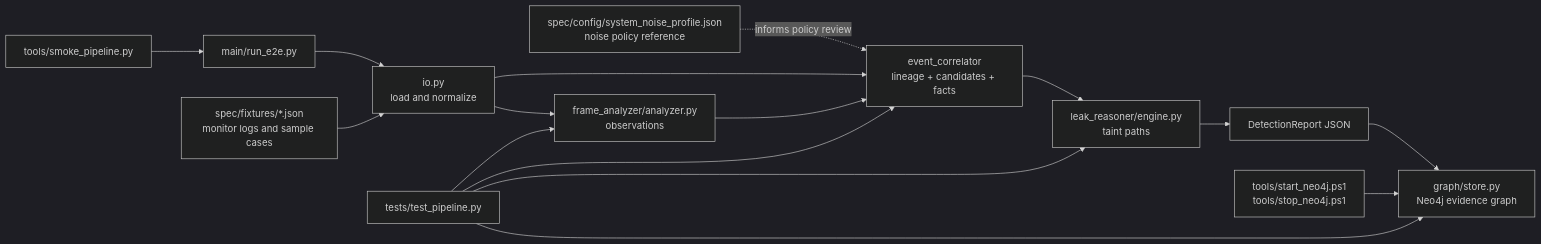
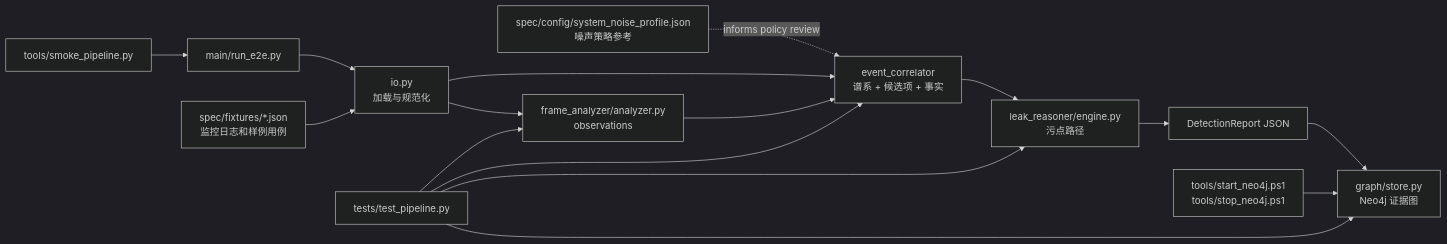
One commit to Vehicle-Security/DataLeakDetector changed the first of 2 diagrams in README.md. Above: the diagram before and after it, drawn with Mermaid (dark theme). The commit also changed other lines of this file and 28 other files, not shown here.

````diff
--- a/README.md
+++ b/README.md
@@ -71,31 +68,31 @@
 ```mermaid
 flowchart LR
-    Logs["spec/fixtures/*.json<br/>monitor logs and sample cases"]
-    Config["spec/config/system_noise_profile.json<br/>noise policy reference"]
+    Logs["spec/fixtures/*.json<br/>监控日志和样例用例"]
+    Config["spec/config/system_noise_profile.json<br/>噪声策略参考"]
     CLI["main/run_e2e.py"]
     Smoke["tools/smoke_pipeline.py"]
-    IO["io.py<br/>load and normalize"]
+    IO["io.py<br/>加载与规范化"]
     Frame["frame_analyzer/analyzer.py<br/>observations"]
-    Corr["event_correlator<br/>lineage + candidates + facts"]
-    Reason["leak_reasoner/engine.py<br/>taint paths"]
+    Corr["event_correlator<br/>谱系 + 候选项 + 事实"]
+    Reason["leak_reasoner/engine.py<br/>污点路径"]
     Report["DetectionReport JSON"]
-    Graph["graph/store.py<br/>Neo4j evidence graph"]
+    Graph["graph/store.py<br/>Neo4j 证据图"]
     Tests["tests/test_pipeline.py"]
     NeoTools["tools/start_neo4j.ps1<br/>tools/stop_neo4j.ps1"]
 
     CLI --> IO
     Smoke --> CLI
     Logs --> IO
     Config -. informs policy review .-> Corr
     IO --> Frame
     IO --> Corr
     Frame --> Corr
     Corr --> Reason
     Reason --> Report
     Report --> Graph
     NeoTools --> Graph
     Tests --> Frame
     Tests --> Corr
     Tests --> Reason
     Tests --> Graph
 ```
````
